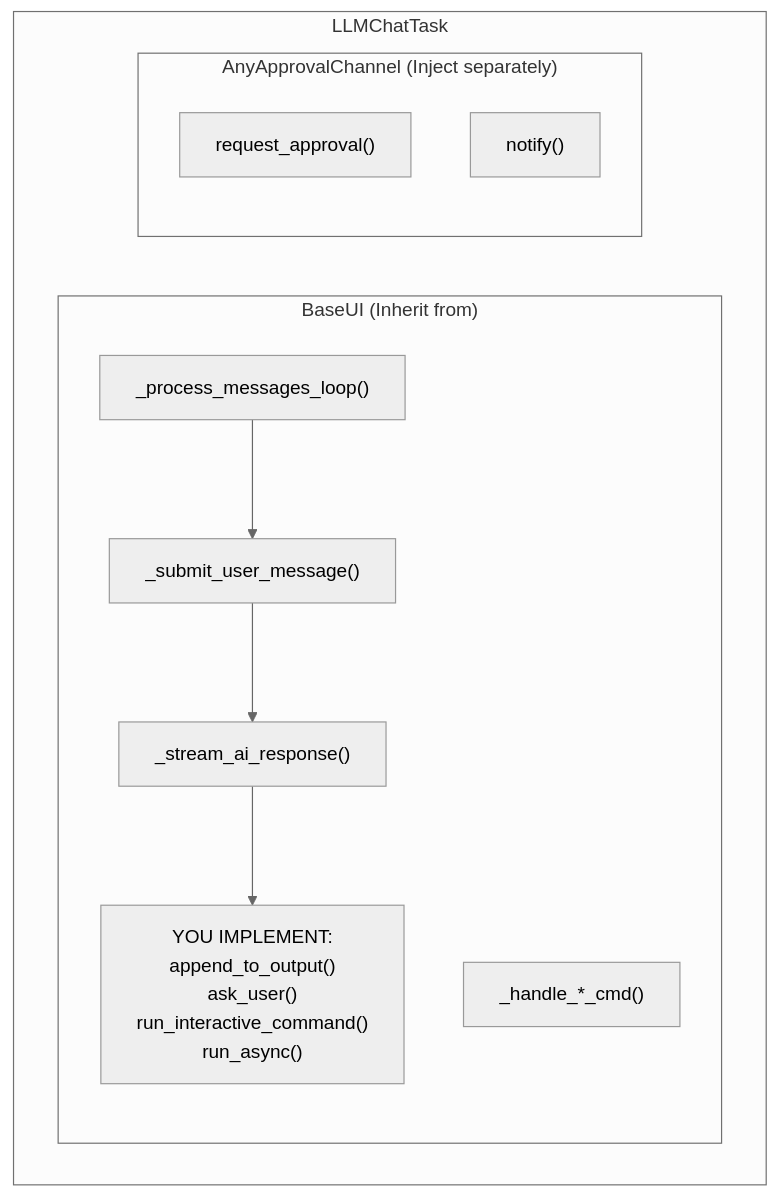
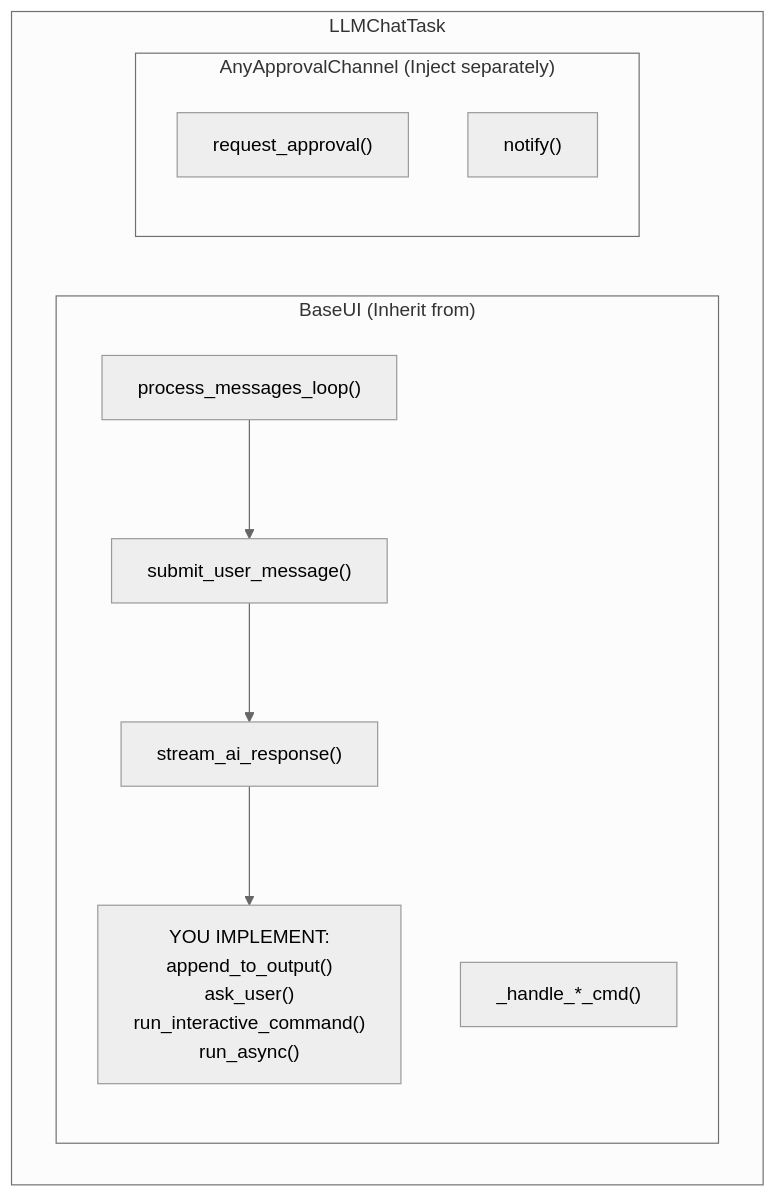
One commit to state-alchemists/zrb changed the third of 4 diagrams in docs/llm/llm-custom-ui.md. Above: the diagram before and after it, drawn with Mermaid (neutral theme). The commit also changed other lines of this file and 30 other files, not shown here.

````diff
--- a/docs/llm/llm-custom-ui.md
+++ b/docs/llm/llm-custom-ui.md
@@ -456,19 +461,19 @@
 ```mermaid
 flowchart TB
     subgraph LLMChatTask["LLMChatTask"]
         subgraph BaseUI["BaseUI (Inherit from)"]
-            ProcLoop["_process_messages_loop()"]
-            Submit["_submit_user_message()"]
-            Stream["_stream_ai_response()"]
+            ProcLoop["process_messages_loop()"]
+            Submit["submit_user_message()"]
+            Stream["stream_ai_response()"]
             Handle["_handle_*_cmd()"]
             Impl["YOU IMPLEMENT:\nappend_to_output()\nask_user()\nrun_interactive_command()\nrun_async()"]
         end
 
         subgraph ApprovalChannel["AnyApprovalChannel (Inject separately)"]
             Request["request_approval()"]
             Notify["notify()"]
         end
 
         ProcLoop --> Submit --> Stream --> Impl
     end
 ```
````
